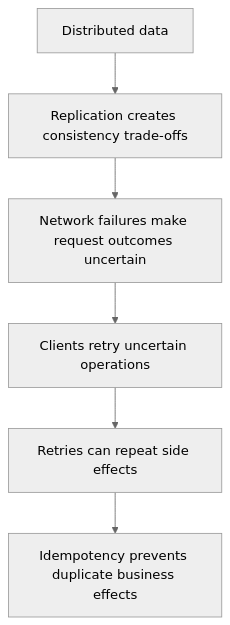
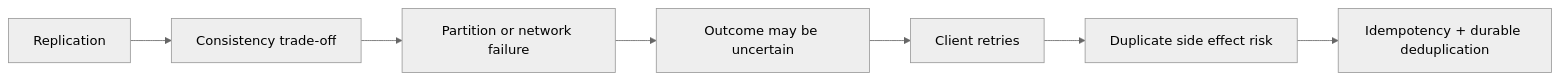
Before and after one commit to AvadhBhalodiya/Interview-Preparation: the first of 9 diagrams in src/content/system-design/consistency-cap-retries.md, drawn with Mermaid (neutral theme). The commit also changed other lines of this file and 54 other files, not shown here.

````diff
--- a/src/content/system-design/consistency-cap-retries.md
+++ b/src/content/system-design/consistency-cap-retries.md
@@ -22,8 +23,9 @@
 ```mermaid
-flowchart TD
-    DATA[Distributed data] --> REPL[Replication creates consistency trade-offs]
-    REPL --> NET[Network failures make request outcomes uncertain]
-    NET --> RETRY[Clients retry uncertain operations]
-    RETRY --> SIDE[Retries can repeat side effects]
-    SIDE --> IDEM[Idempotency prevents duplicate business effects]
+flowchart LR
+    R[Replication] --> C[Consistency trade-off]
+    C --> P[Partition or network failure]
+    P --> U[Outcome may be uncertain]
+    U --> T[Client retries]
+    T --> D[Duplicate side effect risk]
+    D --> I[Idempotency + durable deduplication]
 ```
````
